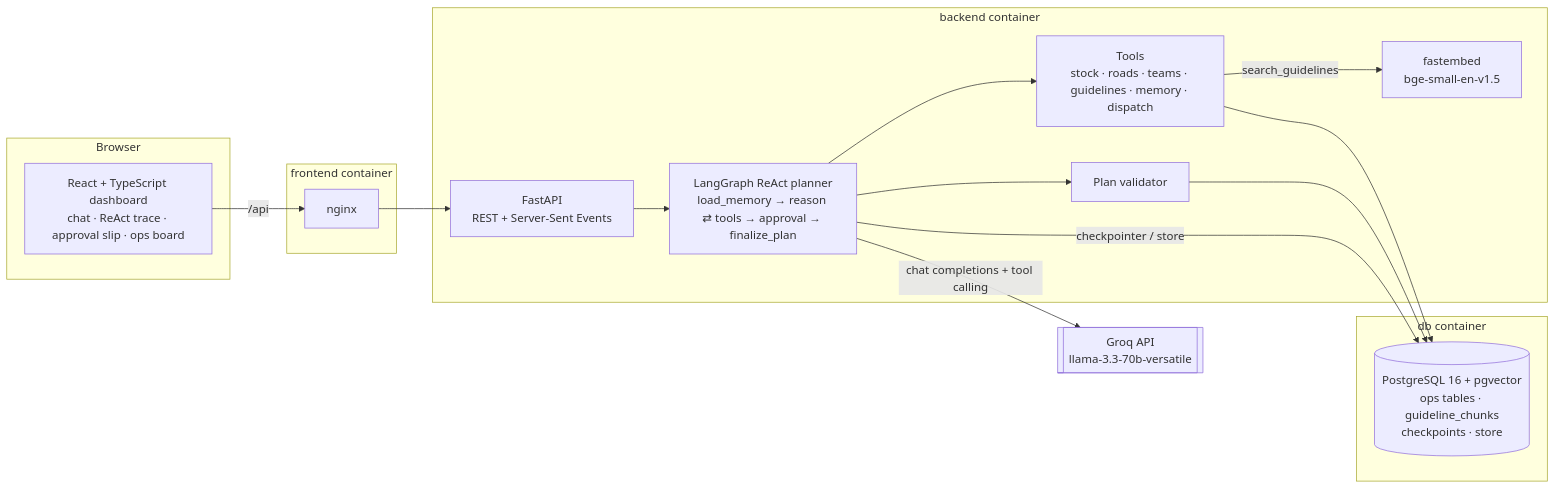
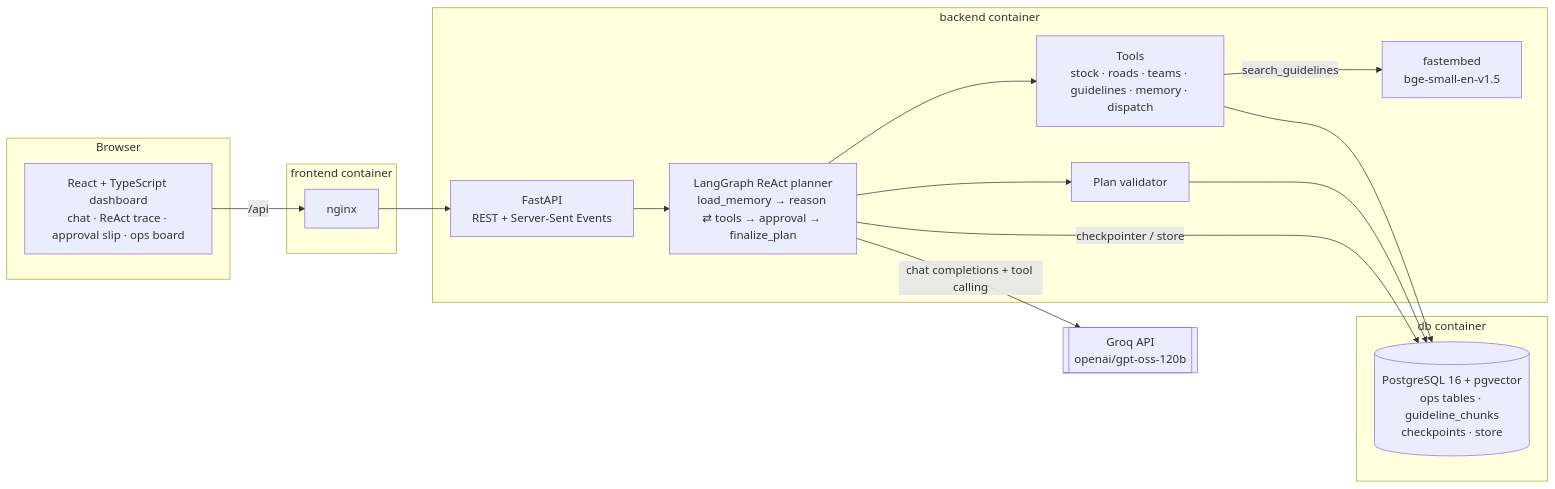
Before and after one commit to AnoopG7/Ark-Agent: the first of 2 diagrams in docs/architecture.md, drawn with Mermaid. The commit also changed 8 other files, not shown here.

First line of the commit message:
feat(llm): switch to Groq gpt-oss-120b and stream its reasoning as trace thoughts

````diff
--- a/docs/architecture.md
+++ b/docs/architecture.md
@@ -5,27 +5,27 @@
 ```mermaid
 flowchart LR
     subgraph Browser
         UI["React + TypeScript dashboard<br/>chat · ReAct trace · approval slip · ops board"]
     end
     subgraph frontend [frontend container]
         NG[nginx]
     end
     subgraph backend [backend container]
         API["FastAPI<br/>REST + Server-Sent Events"]
         G["LangGraph ReAct planner<br/>load_memory → reason ⇄ tools → approval → finalize_plan"]
         T["Tools<br/>stock · roads · teams · guidelines · memory · dispatch"]
         V[Plan validator]
         E["fastembed<br/>bge-small-en-v1.5"]
     end
     subgraph db [db container]
         PG[("PostgreSQL 16 + pgvector<br/>ops tables · guideline_chunks<br/>checkpoints · store")]
     end
-    GROQ[[Groq API<br/>llama-3.3-70b-versatile]]
+    GROQ[[Groq API<br/>openai/gpt-oss-120b]]
 
     UI -- "/api" --> NG --> API --> G
     G --> T --> PG
     G --> V --> PG
     G -- "chat completions + tool calling" --> GROQ
     T -- "search_guidelines" --> E
     G -- "checkpointer / store" --> PG
 ```
````
